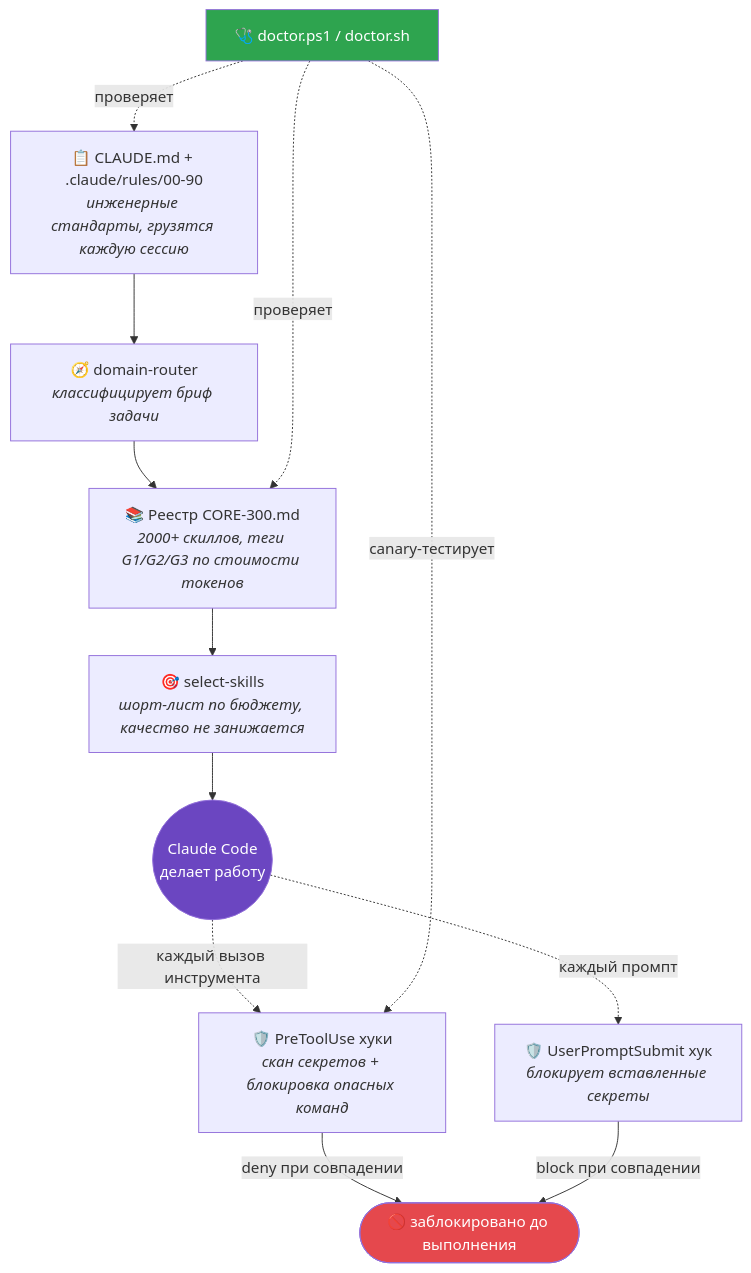
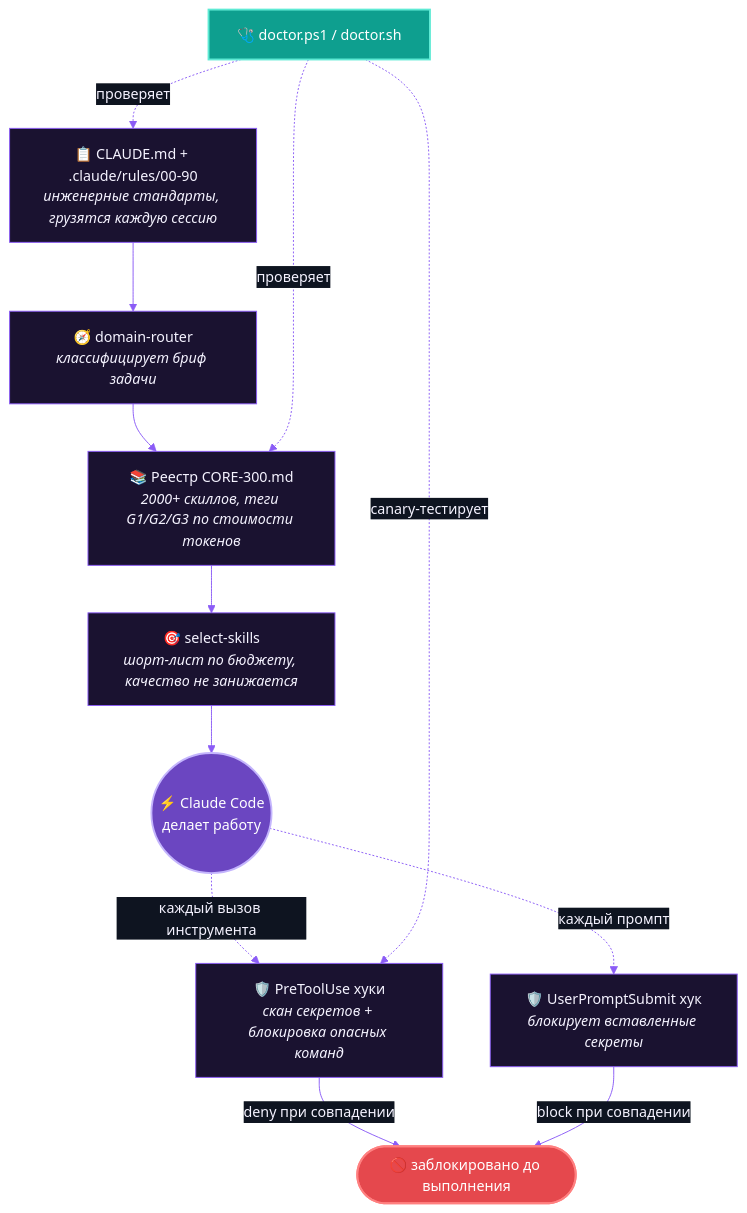
One commit to srednoff888-art/srednoff-os-for-claude changed the diagram in README.ru.md. Above: the diagram before and after it, drawn with Mermaid. The commit also changed other lines of this file and 7 other files, not shown here.

````diff
--- a/README.ru.md
+++ b/README.ru.md
@@ -42,18 +76,23 @@
 ```mermaid
+%%{init: {'theme':'base', 'themeVariables': {
+  'primaryColor':'#1a1230', 'primaryTextColor':'#f5f3ff', 'primaryBorderColor':'#8b5cf6',
+  'lineColor':'#8b5cf6', 'secondaryColor':'#0e1420', 'tertiaryColor':'#0a0a12',
+  'fontFamily':'Segoe UI, sans-serif', 'fontSize':'15px'
+}}}%%
 flowchart TD
     A["📋 CLAUDE.md + .claude/rules/00-90<br/><i>инженерные стандарты, грузятся каждую сессию</i>"] --> B["🧭 domain-router<br/><i>классифицирует бриф задачи</i>"]
     B --> C["📚 Реестр CORE-300.md<br/><i>2000+ скиллов, теги G1/G2/G3 по стоимости токенов</i>"]
     C --> D["🎯 select-skills<br/><i>шорт-лист по бюджету, качество не занижается</i>"]
-    D --> E(("Claude Code<br/>делает работу"))
+    D --> E(("⚡ Claude Code<br/>делает работу"))
     E -.каждый вызов инструмента.-> F["🛡️ PreToolUse хуки<br/><i>скан секретов + блокировка опасных команд</i>"]
     E -.каждый промпт.-> G["🛡️ UserPromptSubmit хук<br/><i>блокирует вставленные секреты</i>"]
     F -->|deny при совпадении| X(["🚫 заблокировано до выполнения"])
     G -->|block при совпадении| X
     H["🩺 doctor.ps1 / doctor.sh"] -.проверяет.-> A
     H -.проверяет.-> C
     H -.canary-тестирует.-> F
 
-    style E fill:#6b46c1,color:#fff
-    style X fill:#e5484d,color:#fff
-    style H fill:#2ea44f,color:#fff
+    style E fill:#6b46c1,color:#fff,stroke:#c4b5fd,stroke-width:2px
+    style X fill:#e5484d,color:#fff,stroke:#ff8080,stroke-width:2px
+    style H fill:#0e9f8f,color:#fff,stroke:#5eead4,stroke-width:2px
 ```
````
